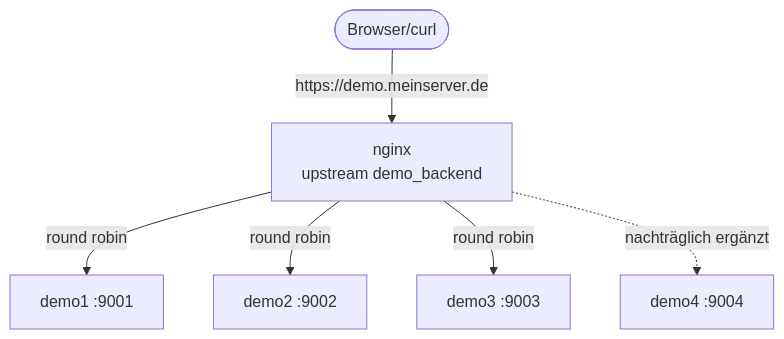
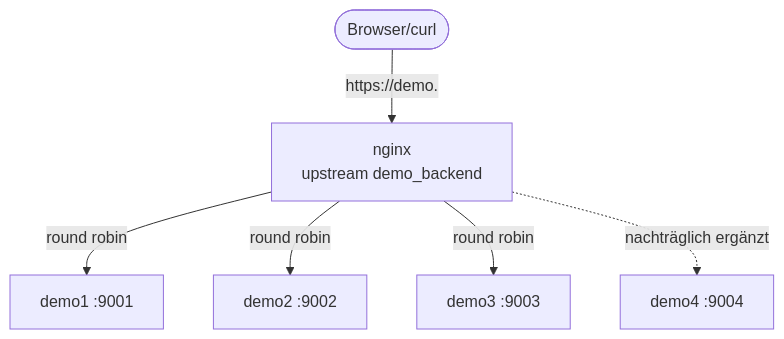
The third of 3 diagrams in Lab_06.md (Lotter69/2026_02_linux), drawn with Mermaid before and after one commit. The commit also changed 1 other file, not shown here.

Commit message:
meinserver.de durch <IHRE-DOMAIN> ersetzt.

````diff
--- a/Lab_06.md
+++ b/Lab_06.md
@@ -748,8 +748,8 @@
 ```mermaid
 flowchart TD
-    Client(["Browser/curl"]) -->|"https://demo.meinserver.de"| nginx["nginx<br/>upstream demo_backend"]
+    Client(["Browser/curl"]) -->|"https://demo.<IHRE-DOMAIN>"| nginx["nginx<br/>upstream demo_backend"]
     nginx -->|round robin| demo1["demo1 :9001"]
     nginx -->|round robin| demo2["demo2 :9002"]
     nginx -->|round robin| demo3["demo3 :9003"]
     nginx -. nachträglich ergänzt .-> demo4["demo4 :9004"]
 ```
````
